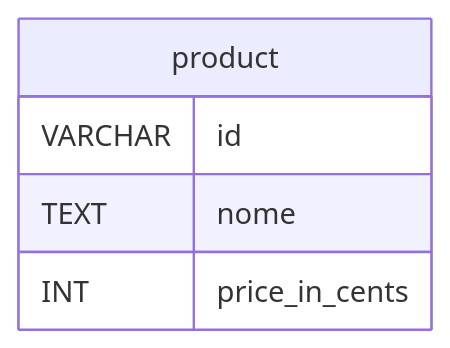
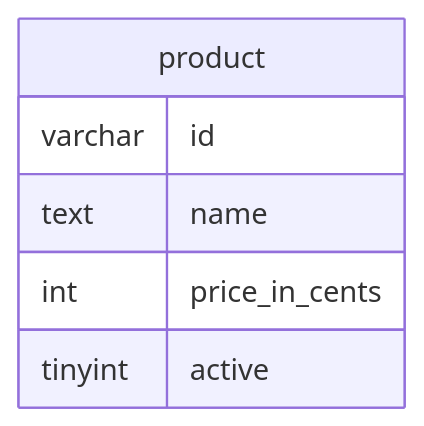
One commit to renatonunes74/foodminder changed the second of 2 diagrams in README.md. Above: the diagram before and after it, drawn with Mermaid. The commit also changed other lines of this file, not shown here.

Commit message:
docs: diagrama de classes usando mermagic

````diff
--- a/README.md
+++ b/README.md
@@ -93,8 +132,9 @@
 ```mermaid
 erDiagram
-   	product {
-		VARCHAR id
-		TEXT nome
-		INT price_in_cents 
-    }
+product {
+    varchar id
+        text name 
+        int price_in_cents 
+        tinyint active 
+}
 ```
````
